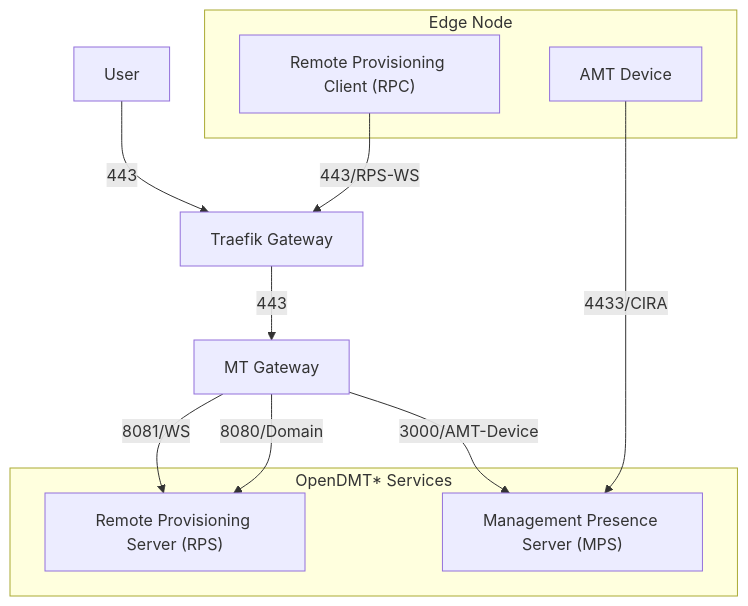
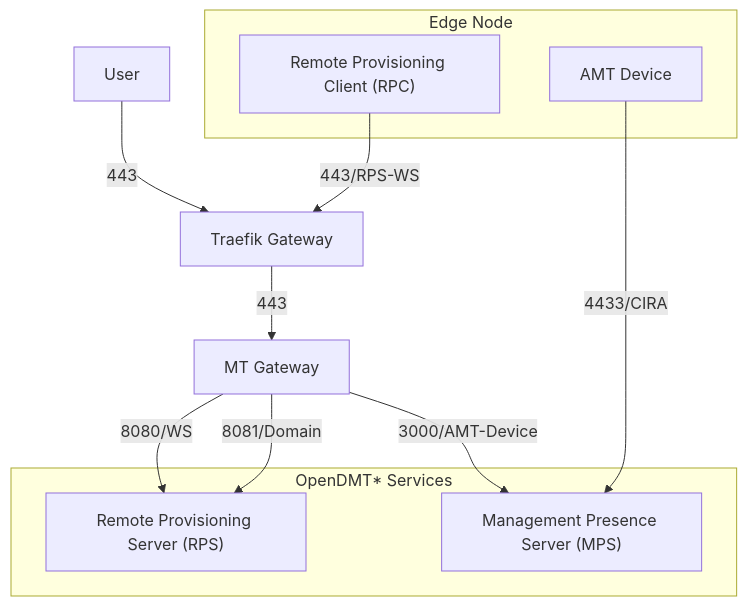
Before and after one commit to open-edge-platform/edge-manageability-framework: the first of 2 diagrams in design-proposals/vpro-opendmt.md, drawn with Mermaid. The commit also changed other lines of this file, not shown here.

Commit message:
fix: comments

````diff
--- a/design-proposals/vpro-opendmt.md
+++ b/design-proposals/vpro-opendmt.md
@@ -31,26 +31,26 @@
 ```mermaid
 graph TD
     %% Traefik Gateway - Middle Level
     Traefik["Traefik Gateway"]
     %% MT-Gateway - Middle Level
     MTGW["MT Gateway"]
     %% OpenDMT* Services Box - Middle Section
     subgraph "OpenDMT* Services"
         RPS["Remote Provisioning Server (RPS)"]
         MPS["Management Presence Server (MPS)"]
     end
     %% Connections
     %% Edge Node - Bottom Level
     subgraph "Edge Node"
         RPC["Remote Provisioning Client (RPC)"]
         AMT["AMT Device"]
     end
     %% Connections
     RPC -->|443/RPS-WS| Traefik
     AMT -->|4433/CIRA| MPS
     User -->|443| Traefik
     Traefik -->|443| MTGW
     MTGW -->|3000/AMT-Device|MPS
-    MTGW -->|8080/Domain|RPS
-    MTGW -->|8081/WS|RPS
+    MTGW -->|8081/Domain|RPS
+    MTGW -->|8080/WS|RPS
 ```
````
